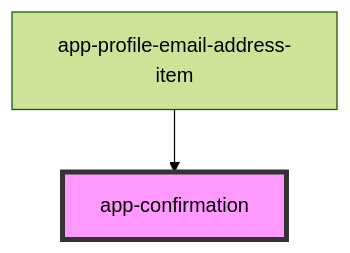
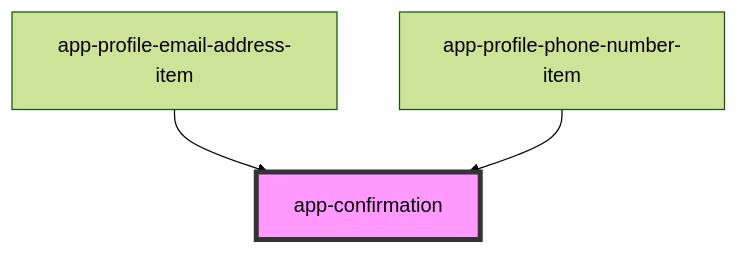
The diagram in iconeventnetwork-web/src/components/app-confirmation/readme.md (lokheed/IconEventNetwork.Web), drawn with Mermaid (forest theme) before and after one commit. The commit also changed other lines of this file and 21 other files, not shown here.

````diff
--- a/iconeventnetwork-web/src/components/app-confirmation/readme.md
+++ b/iconeventnetwork-web/src/components/app-confirmation/readme.md
@@ -33,5 +34,6 @@
 ```mermaid
 graph TD;
   app-profile-email-address-item --> app-confirmation
+  app-profile-phone-number-item --> app-confirmation
   style app-confirmation fill:#f9f,stroke:#333,stroke-width:4px
 ```
````
